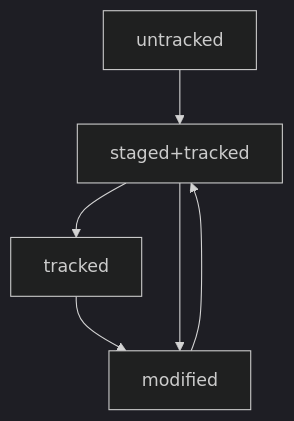
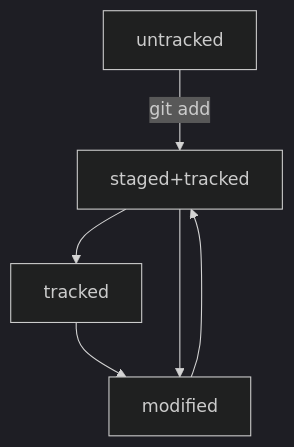
The diagram in README.md (ItTundr/-heat-sheet-on-working-with-git-1-.), drawn with Mermaid (dark theme) before and after one commit. The commit also changed other lines of this file, not shown here.

Commit message:
Сделана схема Жизненый цикл файлов в Git. Статусы.v0.14

````diff
--- a/README.md
+++ b/README.md
@@ -193,8 +193,8 @@
 ```mermaid
   graph TD;
-      untracked-->staged+tracked;
+      untracked--git add-->staged+tracked;
       staged+tracked-->tracked;
       tracked-->modified;
       modified-->staged+tracked;
       staged+tracked-->modified;
 ```
````
